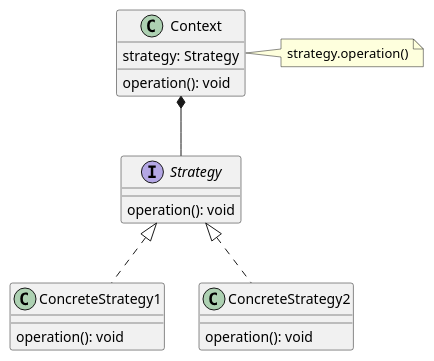
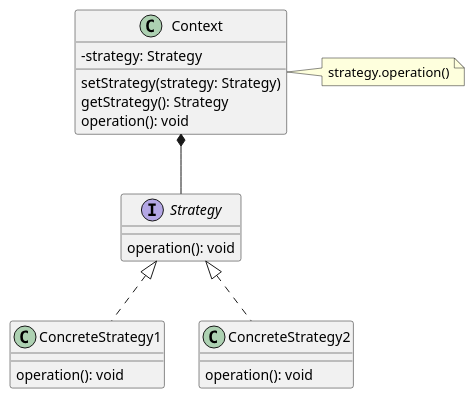
The diagram in docs/编程基础/设计模式/03行为型/14策略模式.pu (awamwang/develop-knowledge-graphic), drawn with PlantUML before and after one commit.

```diff
--- a/docs/编程基础/设计模式/03行为型/14策略模式.pu
+++ b/docs/编程基础/设计模式/03行为型/14策略模式.pu
@@ -1,23 +1,25 @@
 @startuml 策略模式
 skinparam classAttributeIconSize 0
 
 class Context {
-  strategy: Strategy
+  - strategy: Strategy
+  setStrategy(strategy: Strategy)
+  getStrategy(): Strategy
   operation(): void
 }
 note as N1
 strategy.operation()
 end note
 interface Strategy {
   operation(): void
 }
 class ConcreteStrategy1 implements Strategy {
   operation(): void
 }
 class ConcreteStrategy2 implements Strategy {
   operation(): void
 }
 
 Context .> N1
 Context *-- Strategy
 @enduml
```
